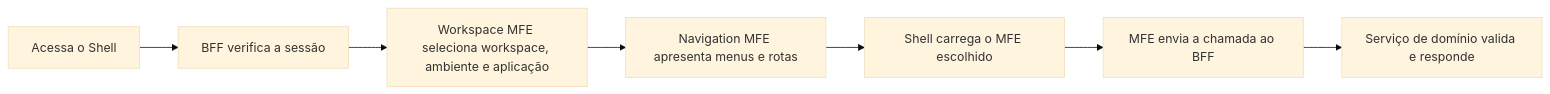
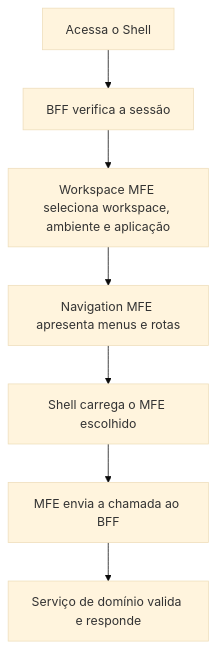
The second of 2 diagrams in docs/refinamento/18-micro-frontends/apresentacao-visao-geral.md (BrunoBS/guideline-java), drawn with Mermaid (base theme) before and after one commit.

Commit message:
docs: ajustar layout do fluxo de navegação

```diff
--- a/docs/refinamento/18-micro-frontends/apresentacao-visao-geral.md
+++ b/docs/refinamento/18-micro-frontends/apresentacao-visao-geral.md
@@ -47,9 +47,9 @@
 ~~~mermaid
-flowchart LR
+flowchart TB
   ENTRY["Acessa o Shell"] --> SESSION["BFF verifica a sessão"]
   SESSION --> CONTEXT["Workspace MFE seleciona workspace, ambiente e aplicação"]
   CONTEXT --> MENU["Navigation MFE apresenta menus e rotas"]
   MENU --> REMOTE["Shell carrega o MFE escolhido"]
   REMOTE --> BFF["MFE envia a chamada ao BFF"]
   BFF --> SERVICE["Serviço de domínio valida e responde"]
 ~~~
```
